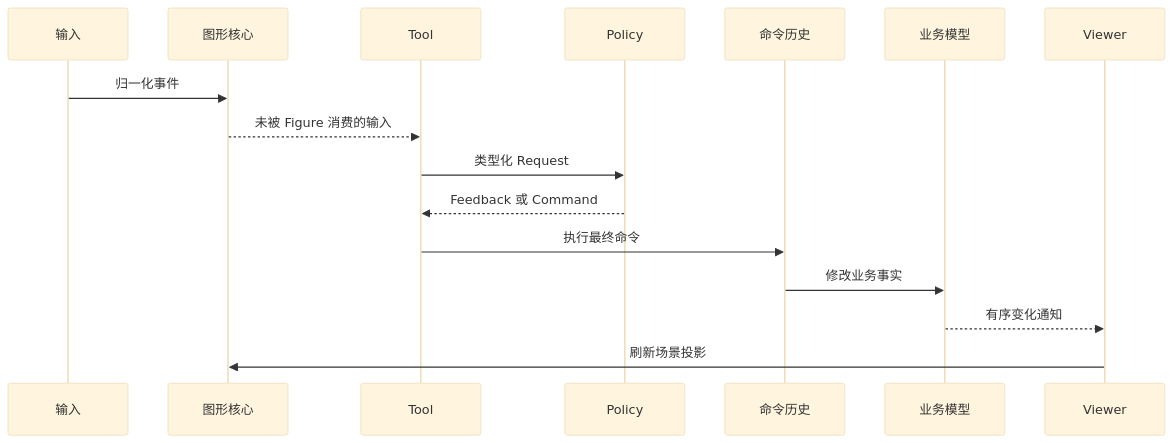
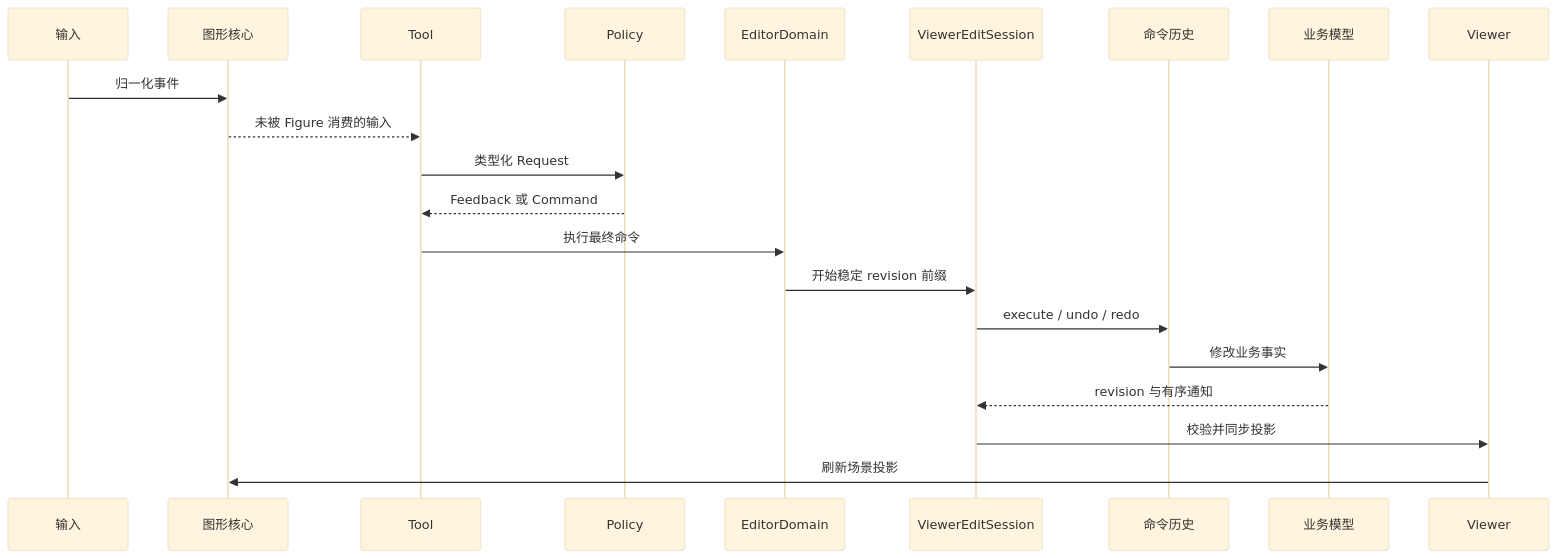
Before and after one commit to yezhang/novadraw: the fourth of 4 diagrams in engine/wasm_rust/novadraw/book/internals/src/01-graphical-framework.md, drawn with Mermaid (base theme). The commit also changed other lines of this file and 19 other files, not shown here.

````diff
--- a/engine/wasm_rust/novadraw/book/internals/src/01-graphical-framework.md
+++ b/engine/wasm_rust/novadraw/book/internals/src/01-graphical-framework.md
@@ -232,19 +269,24 @@
 ```mermaid
 sequenceDiagram
     participant Input as 输入
     participant Core as 图形核心
     participant Tool
     participant Policy
+    participant Domain as EditorDomain
+    participant Session as ViewerEditSession
     participant Stack as 命令历史
     participant Model as 业务模型
     participant Viewer
 
     Input->>Core: 归一化事件
     Core-->>Tool: 未被 Figure 消费的输入
     Tool->>Policy: 类型化 Request
     Policy-->>Tool: Feedback 或 Command
-    Tool->>Stack: 执行最终命令
+    Tool->>Domain: 执行最终命令
+    Domain->>Session: 开始稳定 revision 前缀
+    Session->>Stack: execute / undo / redo
     Stack->>Model: 修改业务事实
-    Model-->>Viewer: 有序变化通知
+    Model-->>Session: revision 与有序通知
+    Session->>Viewer: 校验并同步投影
     Viewer->>Core: 刷新场景投影
 ```
````
